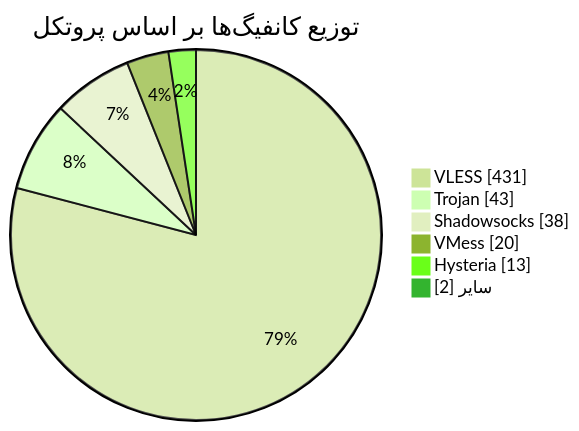
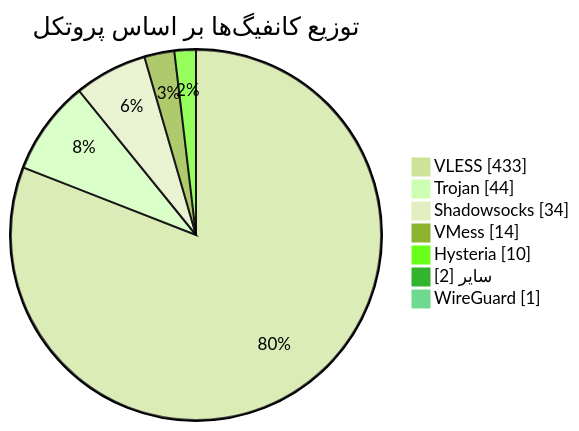
Before and after one commit to Arian-Alijani/Somthing: the diagram in README.md, drawn with Mermaid (forest theme). The commit also changed other lines of this file and 91 other files, not shown here.

````diff
--- a/README.md
+++ b/README.md
@@ -48,10 +49,11 @@
 ```mermaid
 pie showData
     title توزیع کانفیگ‌ها بر اساس پروتکل
-    "VLESS" : 431
-    "Trojan" : 43
-    "Shadowsocks" : 38
-    "VMess" : 20
-    "Hysteria" : 13
+    "VLESS" : 433
+    "Trojan" : 44
+    "Shadowsocks" : 34
+    "VMess" : 14
+    "Hysteria" : 10
     "سایر" : 2
+    "WireGuard" : 1
 ```
````
